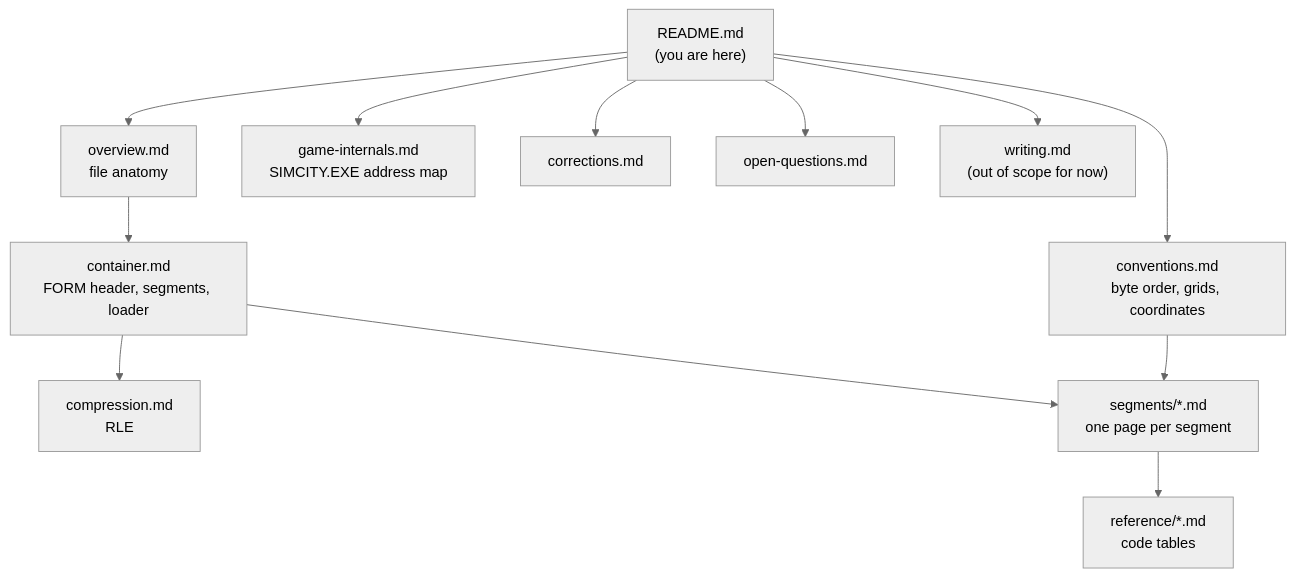
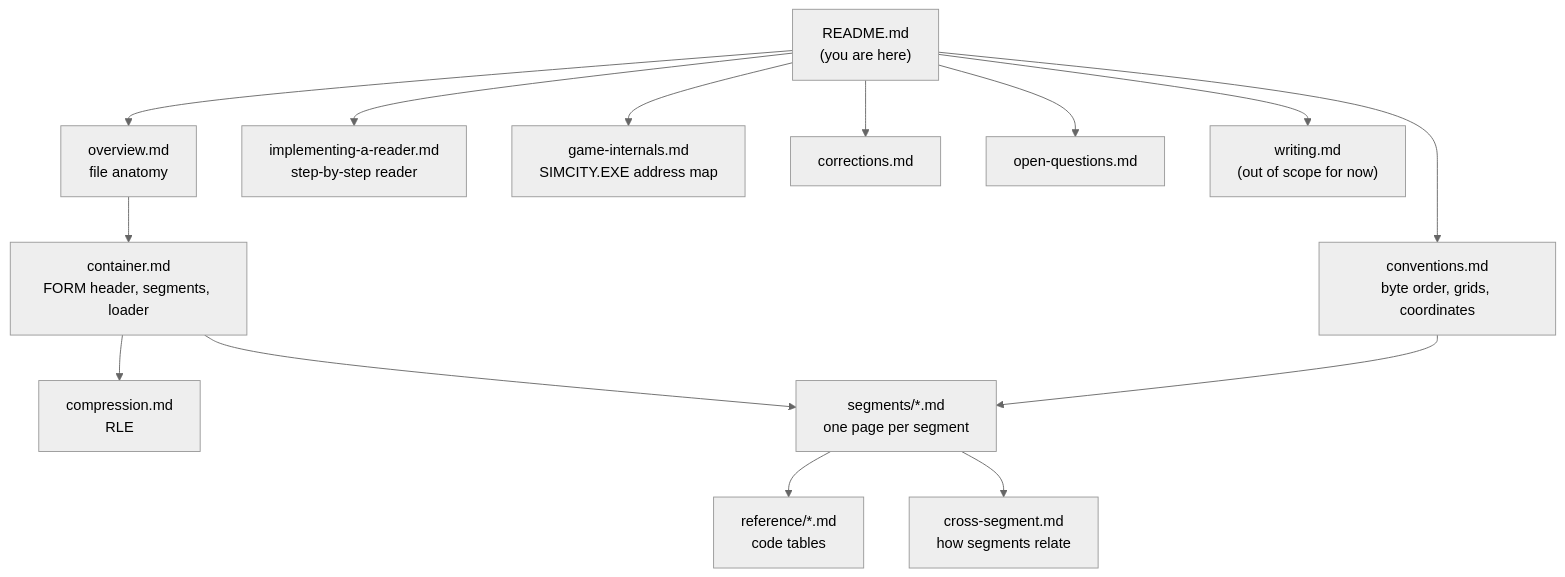
One commit to jgosar/mine-city-2000 changed the diagram in docs/sc2-format/README.md. Above: the diagram before and after it, drawn with Mermaid (neutral theme). The commit also changed other lines of this file and 23 other files, not shown here.

Commit message:
SC2 format docs, part 7: cross-segment relations, reader guide and acceptance (M6) (#35)

````diff
--- a/docs/sc2-format/README.md
+++ b/docs/sc2-format/README.md
@@ -22,14 +22,16 @@
 ```mermaid
 flowchart TD
     README["README.md<br/>(you are here)"] --> overview["overview.md<br/>file anatomy"]
     README --> conventions["conventions.md<br/>byte order, grids, coordinates"]
     overview --> container["container.md<br/>FORM header, segments, loader"]
     container --> compression["compression.md<br/>RLE"]
     container --> segments["segments/*.md<br/>one page per segment"]
     segments --> reference["reference/*.md<br/>code tables"]
     conventions --> segments
+    segments --> cross["cross-segment.md<br/>how segments relate"]
+    README --> reader["implementing-a-reader.md<br/>step-by-step reader"]
     README --> internals["game-internals.md<br/>SIMCITY.EXE address map"]
     README --> corrections["corrections.md"]
     README --> open["open-questions.md"]
     README --> writing["writing.md<br/>(out of scope for now)"]
 ```
````
